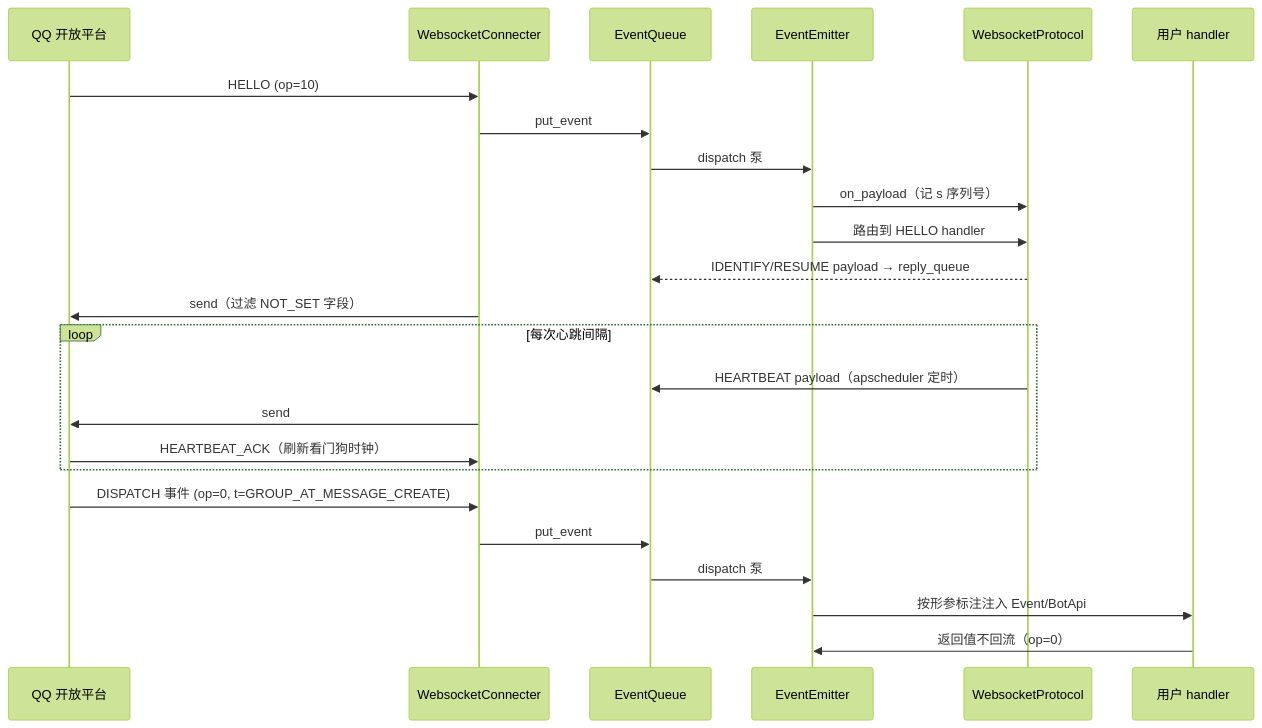
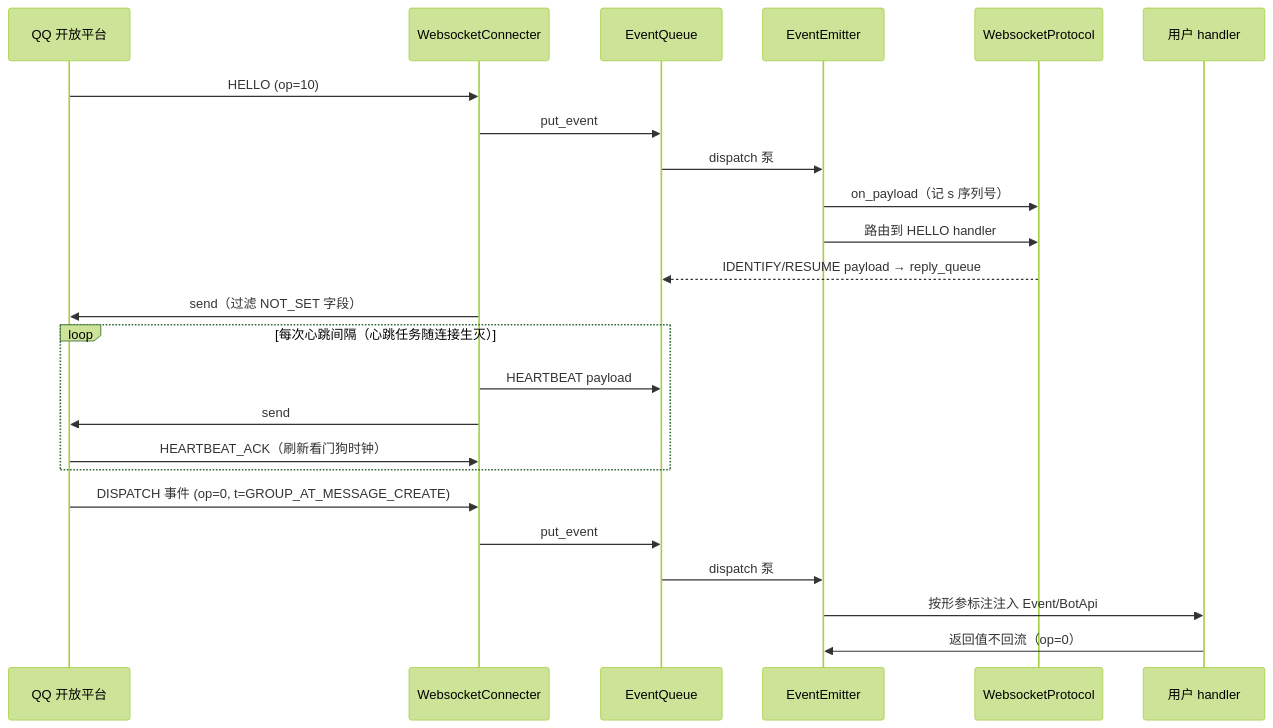
One commit to snowy-yang/qqbotsdk changed the second of 2 diagrams in docs/ARCHITECTURE.md. Above: the diagram before and after it, drawn with Mermaid (forest theme). The commit also changed other lines of this file and 29 other files, not shown here.

````diff
--- a/docs/ARCHITECTURE.md
+++ b/docs/ARCHITECTURE.md
@@ -57,29 +58,29 @@
 ```mermaid
 sequenceDiagram
     participant QQ as QQ 开放平台
     participant WS as WebsocketConnecter
     participant Q as EventQueue
     participant EE as EventEmitter
     participant P as WebsocketProtocol
     participant H as 用户 handler
 
     QQ->>WS: HELLO (op=10)
     WS->>Q: put_event
     Q->>EE: dispatch 泵
     EE->>P: on_payload（记 s 序列号）
     EE->>P: 路由到 HELLO handler
     P-->>Q: IDENTIFY/RESUME payload → reply_queue
     WS->>QQ: send（过滤 NOT_SET 字段）
 
-    loop 每次心跳间隔
-        P->>Q: HEARTBEAT payload（apscheduler 定时）
+    loop 每次心跳间隔（心跳任务随连接生灭）
+        WS->>Q: HEARTBEAT payload
         WS->>QQ: send
         QQ->>WS: HEARTBEAT_ACK（刷新看门狗时钟）
     end
 
     QQ->>WS: DISPATCH 事件 (op=0, t=GROUP_AT_MESSAGE_CREATE)
     WS->>Q: put_event
     Q->>EE: dispatch 泵
     EE->>H: 按形参标注注入 Event/BotApi
     H->>EE: 返回值不回流（op=0）
 ```
````
